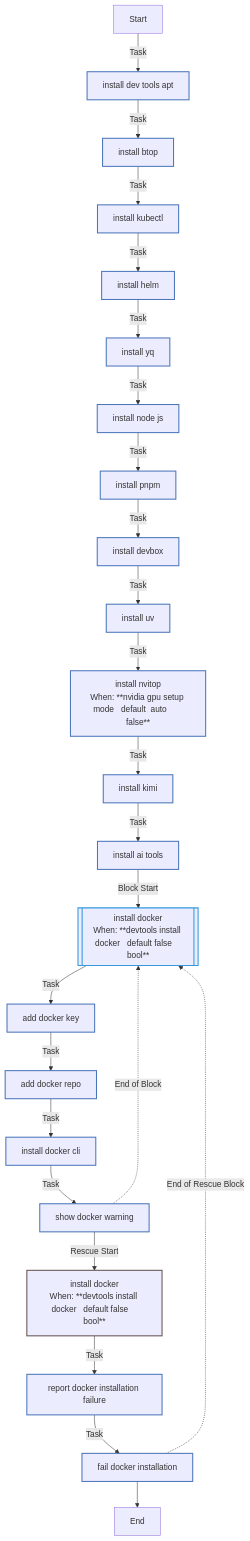
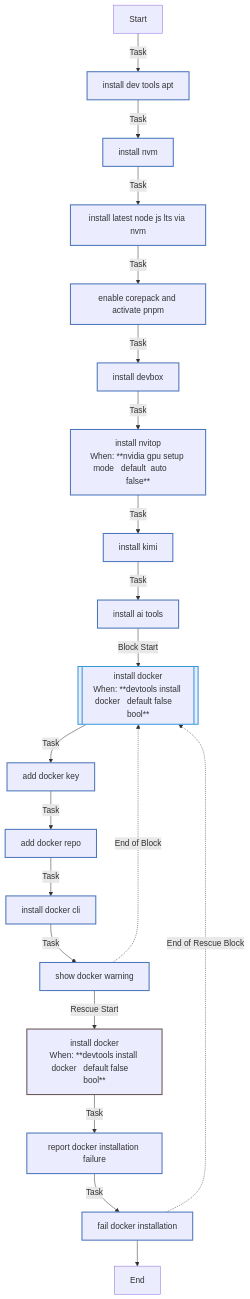
The diagram in roles/developer_tools/README.md (rou-cru/k3s-homelab), drawn with Mermaid before and after one commit. The commit also changed other lines of this file and 8 other files, not shown here.

````diff
--- a/roles/developer_tools/README.md
+++ b/roles/developer_tools/README.md
@@ -100,36 +97,32 @@
 ```mermaid
 flowchart TD
 Start
 classDef block stroke:#3498db,stroke-width:2px;
 classDef task stroke:#4b76bb,stroke-width:2px;
 classDef includeTasks stroke:#16a085,stroke-width:2px;
 classDef importTasks stroke:#34495e,stroke-width:2px;
 classDef includeRole stroke:#2980b9,stroke-width:2px;
 classDef importRole stroke:#699ba7,stroke-width:2px;
 classDef includeVars stroke:#8e44ad,stroke-width:2px;
 classDef rescue stroke:#665352,stroke-width:2px;
 
   Start-->|Task| Install_dev_tools__apt_0[install dev tools  apt ]:::task
-  Install_dev_tools__apt_0-->|Task| Install_btop1[install btop]:::task
-  Install_btop1-->|Task| Install_kubectl2[install kubectl]:::task
-  Install_kubectl2-->|Task| Install_Helm3[install helm]:::task
-  Install_Helm3-->|Task| Install_yq4[install yq]:::task
-  Install_yq4-->|Task| Install_Node_js5[install node js]:::task
-  Install_Node_js5-->|Task| Install_pnpm6[install pnpm]:::task
-  Install_pnpm6-->|Task| Install_Devbox7[install devbox]:::task
-  Install_Devbox7-->|Task| Install_uv8[install uv]:::task
-  Install_uv8-->|Task| Install_nvitop9[install nvitop<br>When: **nvidia gpu setup mode   default  auto       false**]:::task
-  Install_nvitop9-->|Task| Install_Kimi10[install kimi]:::task
-  Install_Kimi10-->|Task| Install_AI_tools11[install ai tools]:::task
-  Install_AI_tools11-->|Block Start| Install_Docker12_block_start_0[[install docker<br>When: **devtools install docker   default false    bool**]]:::block
-  Install_Docker12_block_start_0-->|Task| Add_Docker_key0[add docker key]:::task
+  Install_dev_tools__apt_0-->|Task| Install_NVM1[install nvm]:::task
+  Install_NVM1-->|Task| Install_latest_Node_js_LTS_via_NVM2[install latest node js lts via nvm]:::task
+  Install_latest_Node_js_LTS_via_NVM2-->|Task| Enable_Corepack_and_activate_pnpm3[enable corepack and activate pnpm]:::task
+  Enable_Corepack_and_activate_pnpm3-->|Task| Install_Devbox4[install devbox]:::task
+  Install_Devbox4-->|Task| Install_nvitop5[install nvitop<br>When: **nvidia gpu setup mode   default  auto       false**]:::task
+  Install_nvitop5-->|Task| Install_Kimi6[install kimi]:::task
+  Install_Kimi6-->|Task| Install_AI_tools7[install ai tools]:::task
+  Install_AI_tools7-->|Block Start| Install_Docker8_block_start_0[[install docker<br>When: **devtools install docker   default false    bool**]]:::block
+  Install_Docker8_block_start_0-->|Task| Add_Docker_key0[add docker key]:::task
   Add_Docker_key0-->|Task| Add_Docker_repo1[add docker repo]:::task
   Add_Docker_repo1-->|Task| Install_Docker_CLI2[install docker cli]:::task
   Install_Docker_CLI2-->|Task| Show_Docker_warning3[show docker warning]:::task
-  Show_Docker_warning3-.->|End of Block| Install_Docker12_block_start_0
-  Show_Docker_warning3-->|Rescue Start| Install_Docker12_rescue_start_0[install docker<br>When: **devtools install docker   default false    bool**]:::rescue
-  Install_Docker12_rescue_start_0-->|Task| Report_Docker_installation_failure0[report docker installation failure]:::task
+  Show_Docker_warning3-.->|End of Block| Install_Docker8_block_start_0
+  Show_Docker_warning3-->|Rescue Start| Install_Docker8_rescue_start_0[install docker<br>When: **devtools install docker   default false    bool**]:::rescue
+  Install_Docker8_rescue_start_0-->|Task| Report_Docker_installation_failure0[report docker installation failure]:::task
   Report_Docker_installation_failure0-->|Task| Fail_Docker_installation1[fail docker installation]:::task
-  Fail_Docker_installation1-.->|End of Rescue Block| Install_Docker12_block_start_0
+  Fail_Docker_installation1-.->|End of Rescue Block| Install_Docker8_block_start_0
   Fail_Docker_installation1-->End
 ```
````
